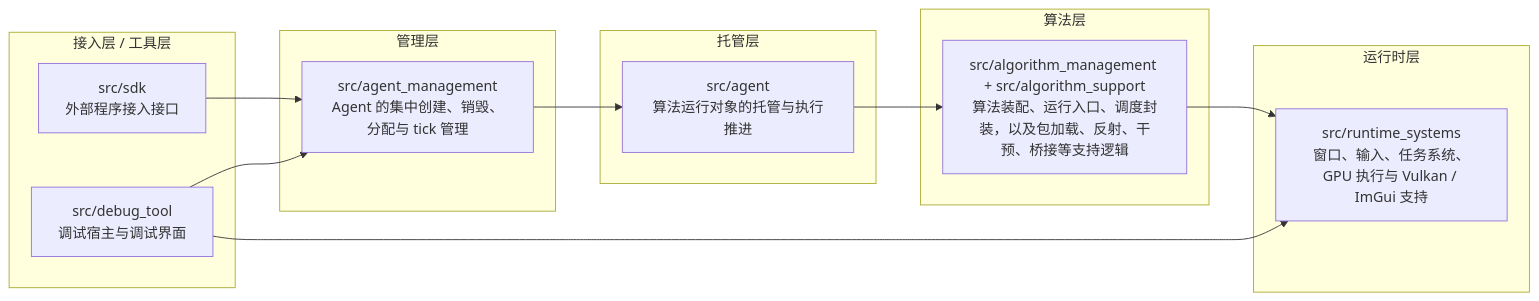
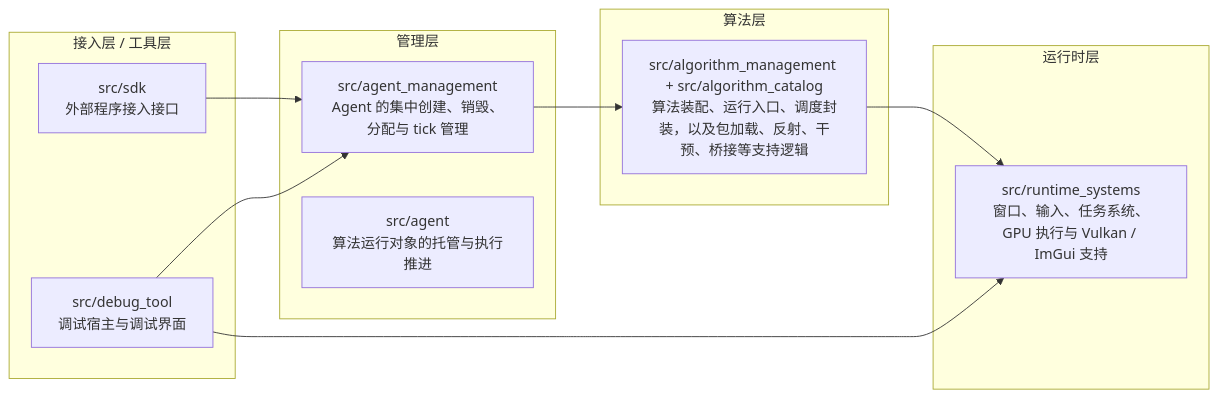
One commit to AnonKimous/AlgoForge_Studio changed the third of 4 diagrams in README.md. Above: the diagram before and after it, drawn with Mermaid. The commit also changed other lines of this file and 327 other files, not shown here.

````diff
--- a/README.md
+++ b/README.md
@@ -112,30 +419,26 @@
 ```mermaid
 graph LR
     subgraph Entry["接入层 / 工具层"]
         SDK["src/sdk<br/>外部程序接入接口"]
         DebugTool["src/debug_tool<br/>调试宿主与调试界面"]
     end
 
     subgraph Manage["管理层"]
         AgentMgmt["src/agent_management<br/>Agent 的集中创建、销毁、分配与 tick 管理"]
-    end
-
-    subgraph Host["托管层"]
         Agent["src/agent<br/>算法运行对象的托管与执行推进"]
     end
 
     subgraph Algo["算法层"]
-        AlgorithmLayer["src/algorithm_management + src/algorithm_support<br/>算法装配、运行入口、调度封装，以及包加载、反射、干预、桥接等支持逻辑"]
+        AlgorithmLayer["src/algorithm_management + src/algorithm_catalog<br/>算法装配、运行入口、调度封装，以及包加载、反射、干预、桥接等支持逻辑"]
     end
 
     subgraph RuntimeLayer["运行时层"]
         Runtime["src/runtime_systems<br/>窗口、输入、任务系统、GPU 执行与 Vulkan / ImGui 支持"]
     end
 
     SDK --> AgentMgmt
     DebugTool --> AgentMgmt
     DebugTool --> Runtime
-    AgentMgmt --> Agent
-    Agent --> AlgorithmLayer
+    AgentMgmt --> AlgorithmLayer
     AlgorithmLayer --> Runtime
 ```
````
